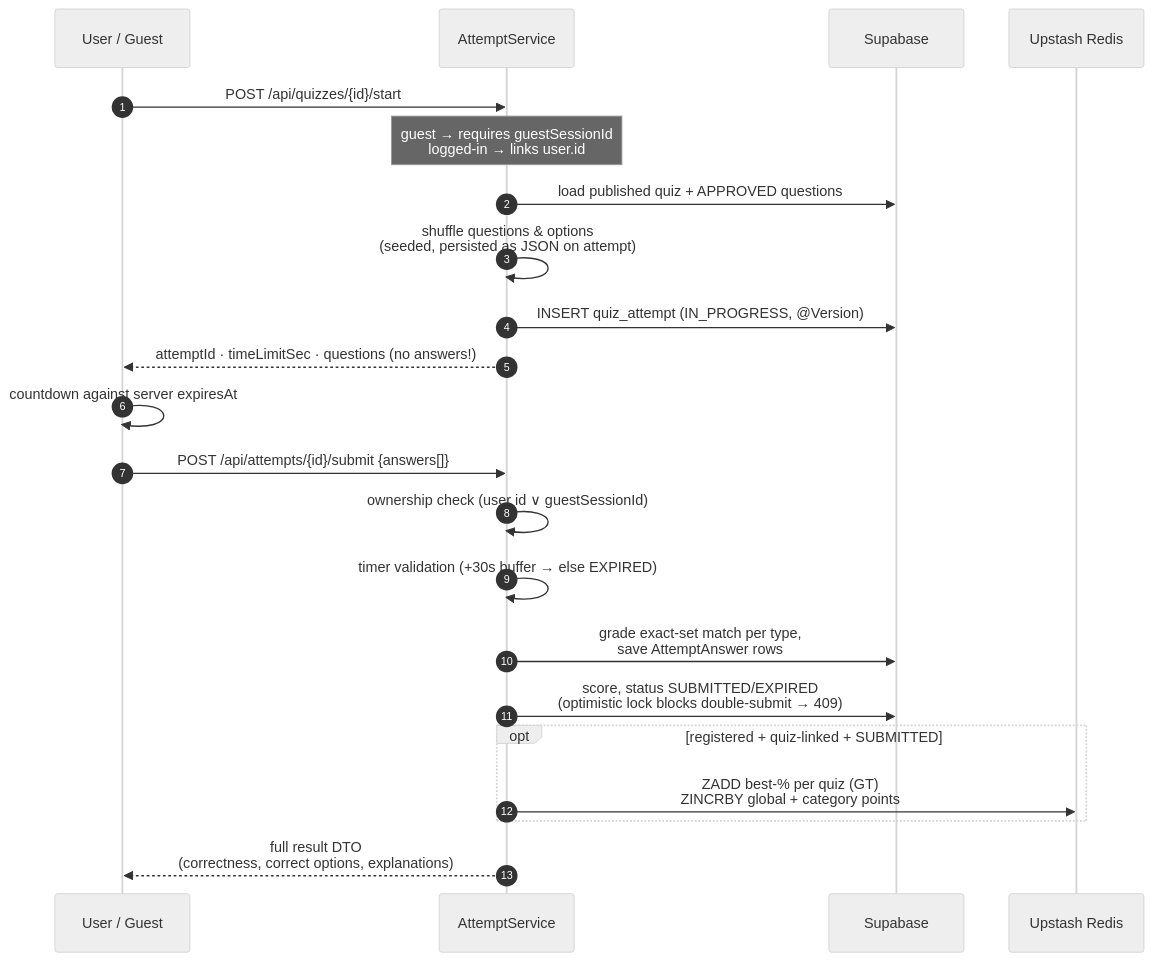
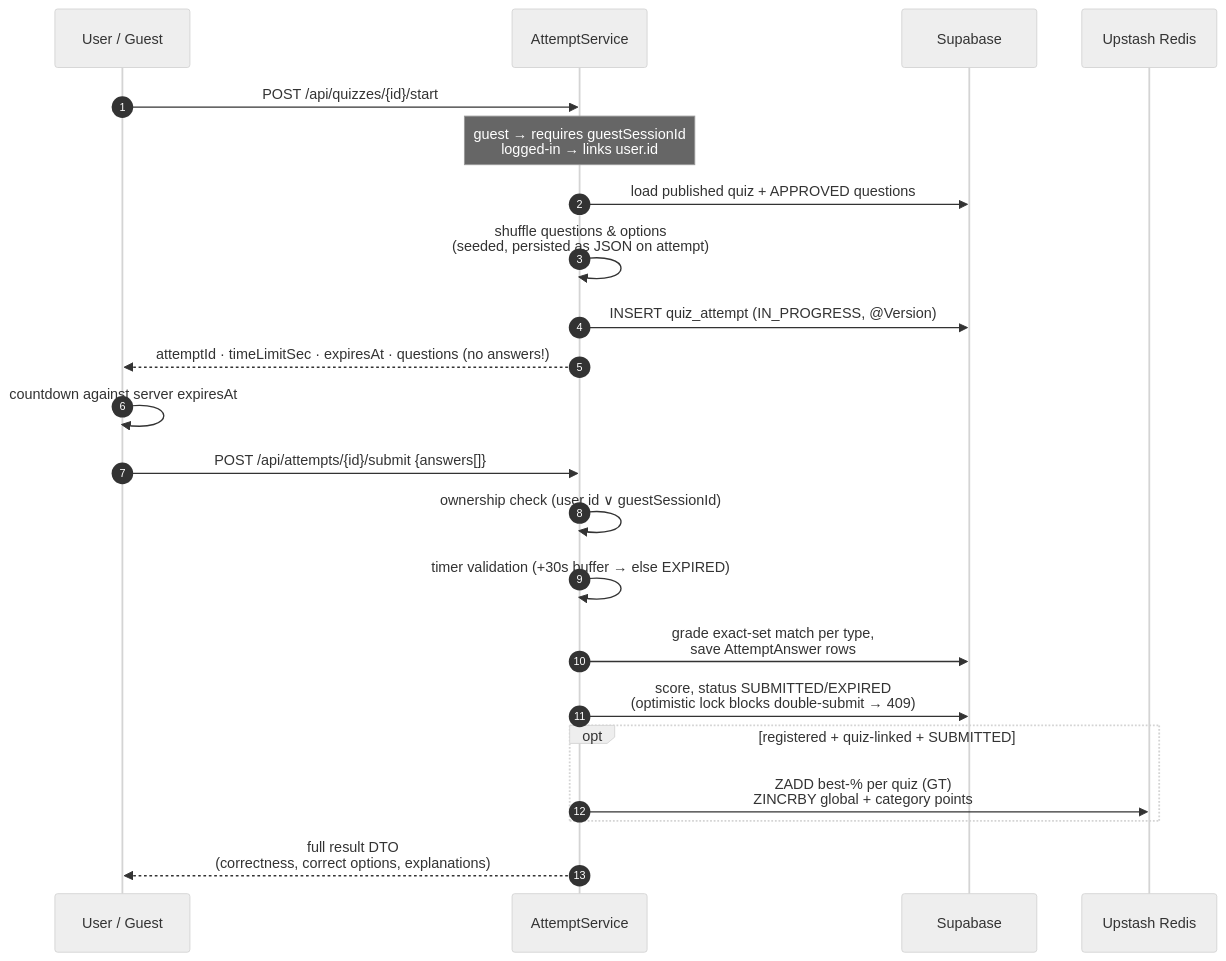
The fourth of 9 diagrams in ARCHITECTURE.md (govind516/Quiz-App), drawn with Mermaid (neutral theme) before and after one commit. The commit also changed other lines of this file and 1 other file, not shown here.

Commit message:
docs: correct ARCHITECTURE.md per review — CSV examples, ERD join-table/TAGS.name, ATT->RD edge, PLAYABLE note, expiresAt payload, decisions section; rename admin stat label

````diff
--- a/ARCHITECTURE.md
+++ b/ARCHITECTURE.md
@@ -93,26 +94,26 @@
 ```mermaid
 sequenceDiagram
     autonumber
     participant U as User / Guest
     participant A as AttemptService
     participant DB as Supabase
     participant R as Upstash Redis
 
     U->>A: POST /api/quizzes/{id}/start
     Note over A: guest → requires guestSessionId<br/>logged-in → links user.id
     A->>DB: load published quiz + APPROVED questions
     A->>A: shuffle questions & options<br/>(seeded, persisted as JSON on attempt)
     A->>DB: INSERT quiz_attempt (IN_PROGRESS, @Version)
-    A-->>U: attemptId · timeLimitSec · questions (no answers!)
+    A-->>U: attemptId · timeLimitSec · expiresAt · questions (no answers!)
 
     U->>U: countdown against server expiresAt
     U->>A: POST /api/attempts/{id}/submit {answers[]}
     A->>A: ownership check (user id ∨ guestSessionId)
     A->>A: timer validation (+30s buffer → else EXPIRED)
     A->>DB: grade exact-set match per type,<br/>save AttemptAnswer rows
     A->>DB: score, status SUBMITTED/EXPIRED<br/>(optimistic lock blocks double-submit → 409)
     opt registered + quiz-linked + SUBMITTED
         A->>R: ZADD best-% per quiz (GT)<br/>ZINCRBY global + category points
     end
     A-->>U: full result DTO<br/>(correctness, correct options, explanations)
 ```
````
